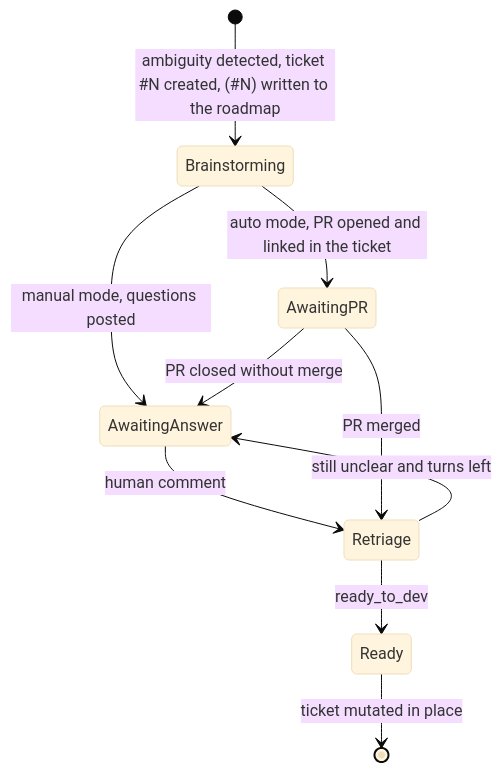
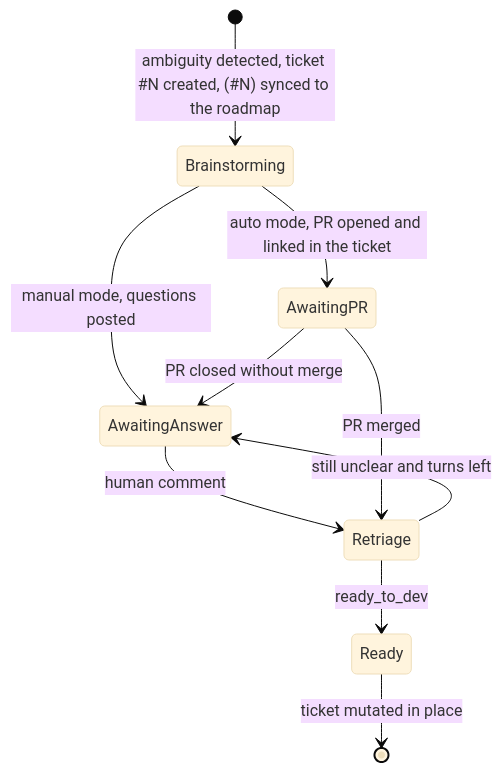
The second of 2 diagrams in docs/specs/triage_engine.md (fletort/smart-ai-factory), drawn with Mermaid (base theme) before and after one commit. The commit also changed other lines of this file and 3 other files, not shown here.

````diff
--- a/docs/specs/triage_engine.md
+++ b/docs/specs/triage_engine.md
@@ -275,12 +277,12 @@
 ```mermaid
 stateDiagram-v2
-    [*] --> Brainstorming: ambiguity detected, ticket #N created, (#N) written to the roadmap
+    [*] --> Brainstorming: ambiguity detected, ticket #N created, (#N) synced to the roadmap
     Brainstorming --> AwaitingAnswer: manual mode, questions posted
     Brainstorming --> AwaitingPR: auto mode, PR opened and linked in the ticket
     AwaitingAnswer --> Retriage: human comment
     AwaitingPR --> Retriage: PR merged
     AwaitingPR --> AwaitingAnswer: PR closed without merge
     Retriage --> AwaitingAnswer: still unclear and turns left
     Retriage --> Ready: ready_to_dev
     Ready --> [*]: ticket mutated in place
 ```
````
